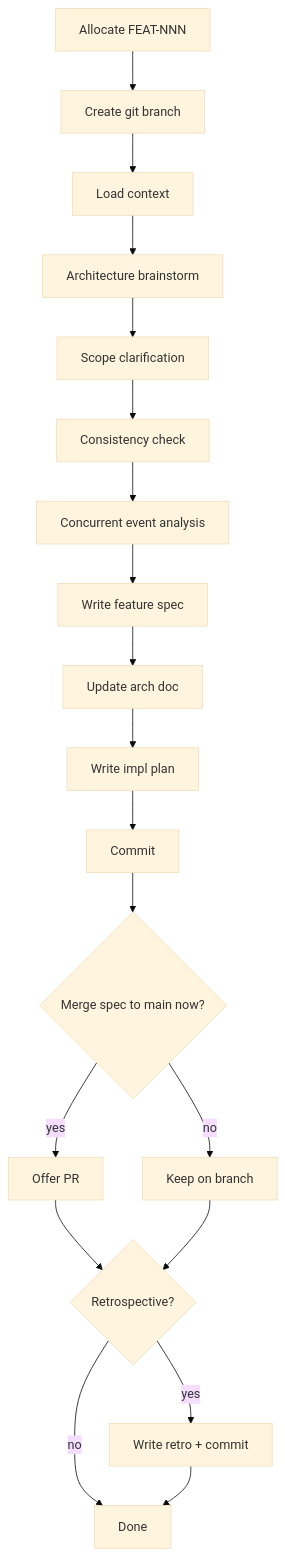
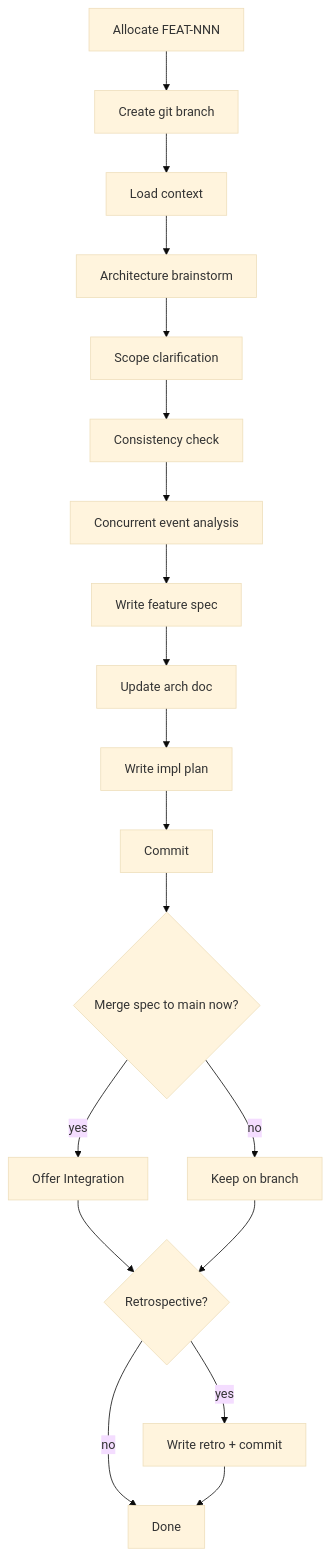
One commit to rbreunung/spring-kotlin-kafka-gradle-demo-2 changed the diagram in .claude/skills/feature-spec.md. Above: the diagram before and after it, drawn with Mermaid (base theme). The commit also changed 5 other files, not shown here.

Commit message:
chore: rename Offer PR to Offer Integration in flowcharts — generic platform-agnostic exit step

````diff
--- a/.claude/skills/feature-spec.md
+++ b/.claude/skills/feature-spec.md
@@ -8,21 +8,21 @@
 ```mermaid
 flowchart TD
     A[Allocate FEAT-NNN] --> B[Create git branch]
     B --> C[Load context]
     C --> D[Architecture brainstorm]
     D --> E[Scope clarification]
     E --> F[Consistency check]
     F --> F2[Concurrent event analysis]
     F2 --> G[Write feature spec]
     G --> H[Update arch doc]
     H --> I[Write impl plan]
     I --> J[Commit]
     J --> K{Merge spec to main now?}
-    K -->|yes| L[Offer PR]
+    K -->|yes| L[Offer Integration]
     K -->|no| M[Keep on branch]
     L --> N{Retrospective?}
     M --> N
     N -->|yes| O[Write retro + commit]
     N -->|no| P[Done]
     O --> P
 ```
````
